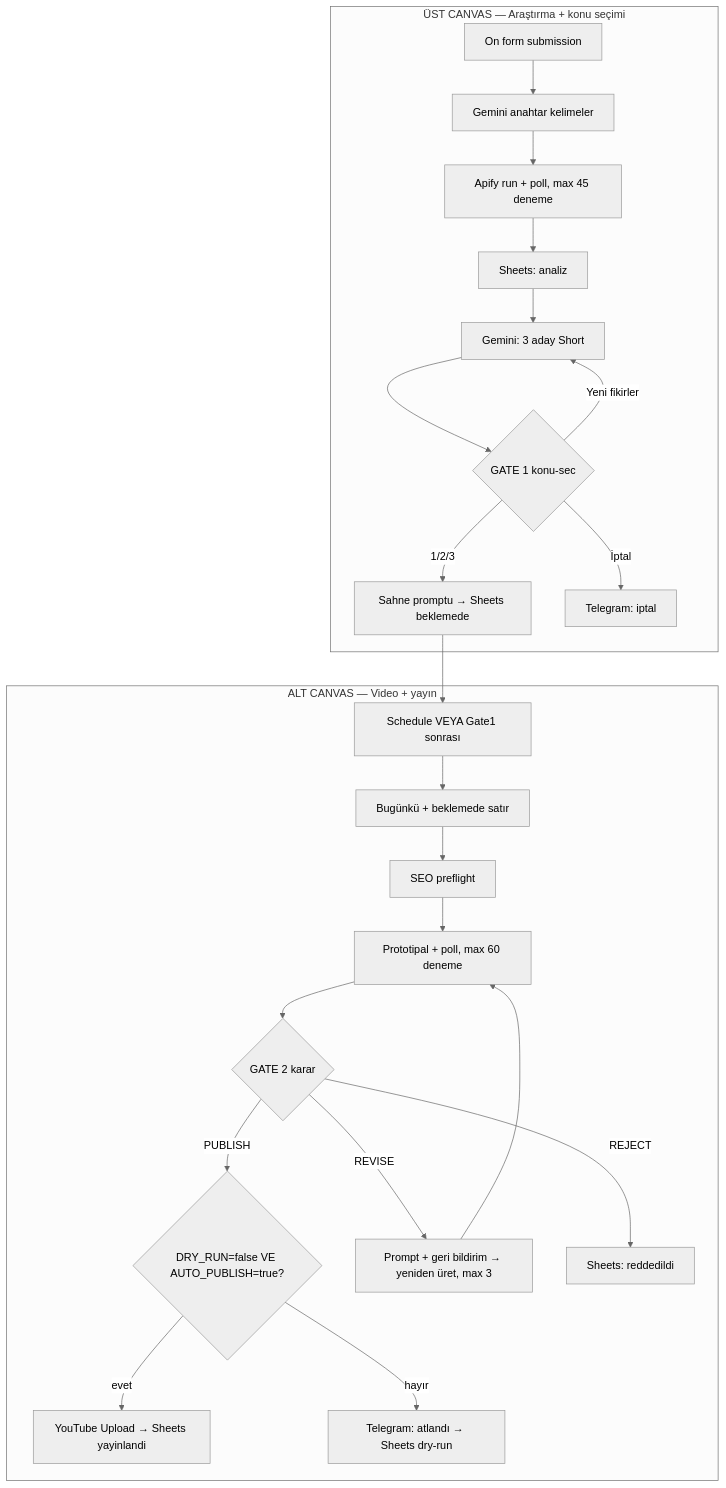
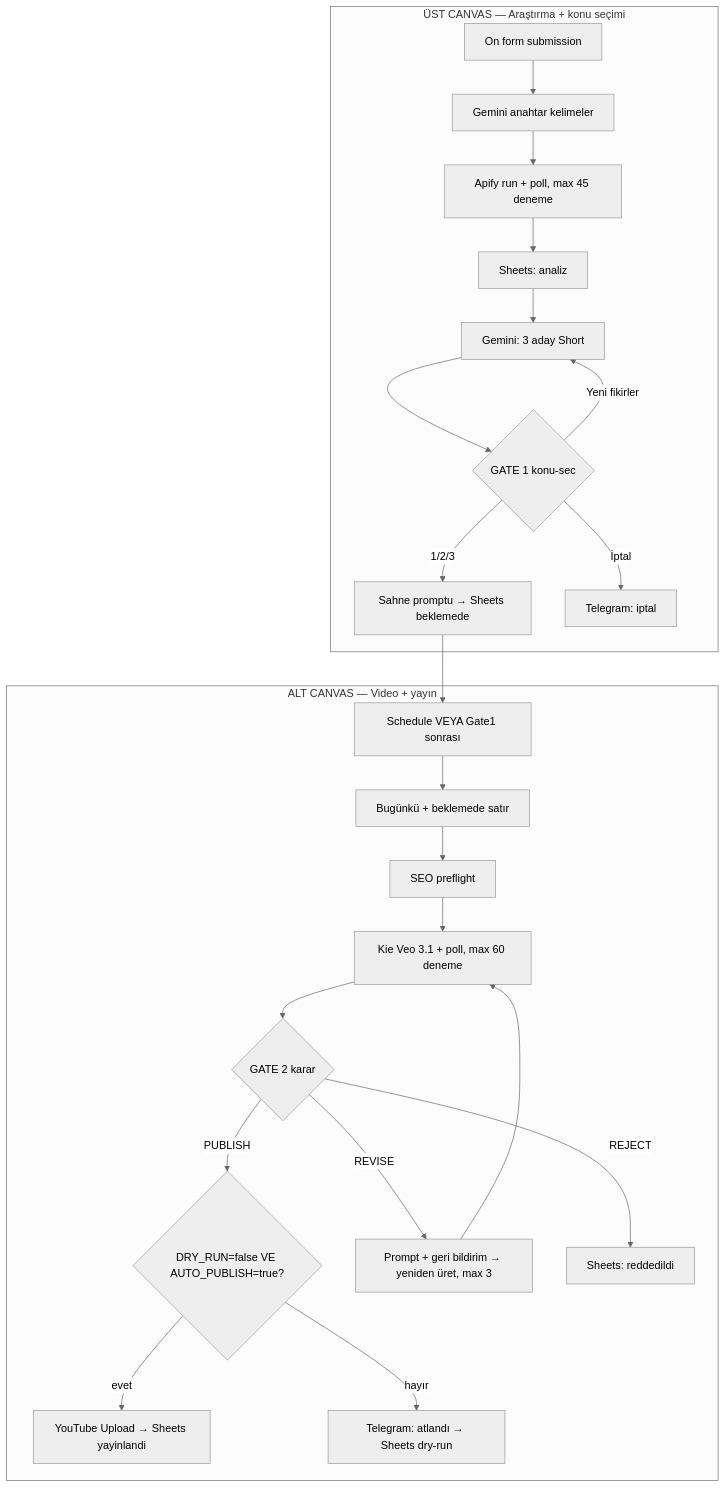
The diagram in docs/AKIS.md (ammartas3-png/KANALLAR), drawn with Mermaid (neutral theme) before and after one commit. The commit also changed other lines of this file and 3 other files, not shown here.

First line of the commit message:
feat: generate Shorts with Kie.ai Veo 3.1 instead of Prototipal

````diff
--- a/docs/AKIS.md
+++ b/docs/AKIS.md
@@ -41,26 +41,26 @@
 ```mermaid
 flowchart TB
   subgraph UST["ÜST CANVAS — Araştırma + konu seçimi"]
     F[On form submission] --> K[Gemini anahtar kelimeler]
     K --> A[Apify run + poll, max 45 deneme]
     A --> S1[Sheets: analiz]
     S1 --> T[Gemini: 3 aday Short]
     T --> G1{GATE 1 konu-sec}
     G1 -->|1/2/3| SC[Sahne promptu → Sheets beklemede]
     G1 -->|Yeni fikirler| T
     G1 -->|İptal| X1[Telegram: iptal]
   end
   subgraph ALT["ALT CANVAS — Video + yayın"]
     SCH[Schedule VEYA Gate1 sonrası] --> ROW[Bugünkü + beklemede satır]
     ROW --> SEO[SEO preflight]
-    SEO --> V[Prototipal + poll, max 60 deneme]
+    SEO --> V[Kie Veo 3.1 + poll, max 60 deneme]
     V --> G2{GATE 2 karar}
     G2 -->|PUBLISH| DRY{DRY_RUN=false VE AUTO_PUBLISH=true?}
     G2 -->|REVISE| R[Prompt + geri bildirim → yeniden üret, max 3]
     G2 -->|REJECT| RJ[Sheets: reddedildi]
     R --> V
     DRY -->|evet| YT[YouTube Upload → Sheets yayinlandi]
     DRY -->|hayır| SKIP[Telegram: atlandı → Sheets dry-run]
   end
   SC --> SCH
 ```
````
